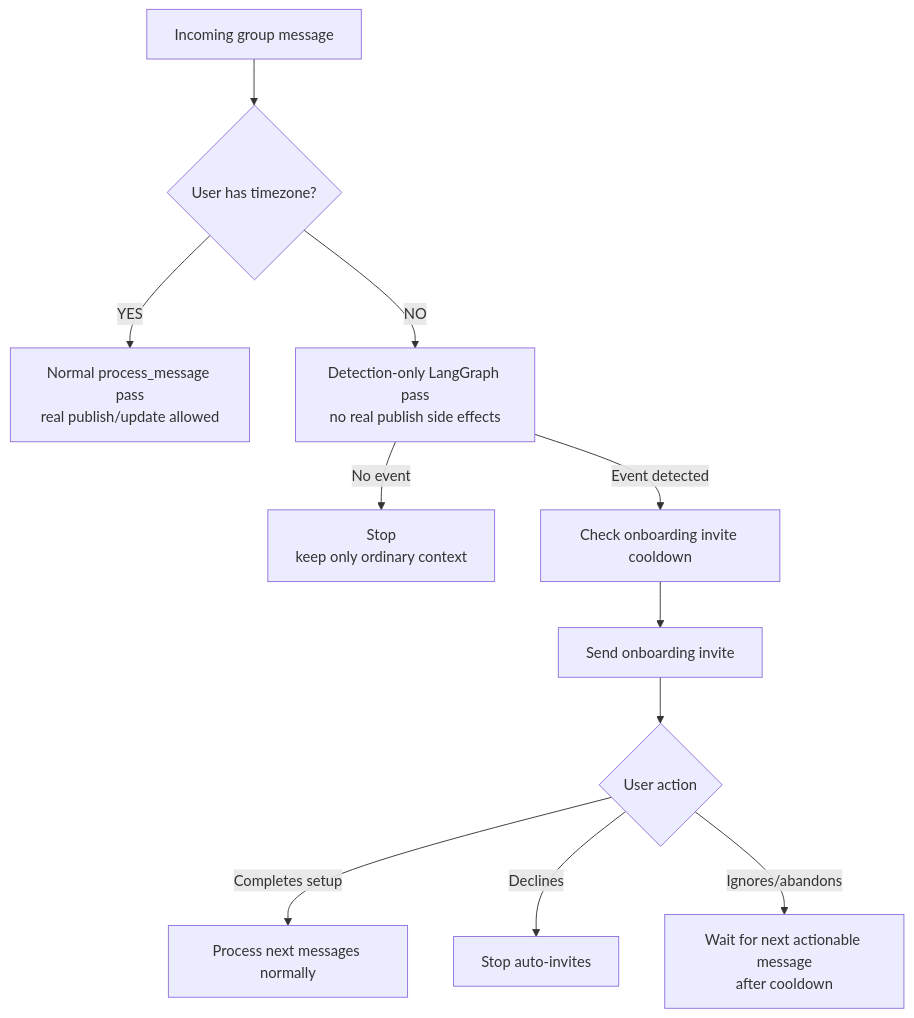
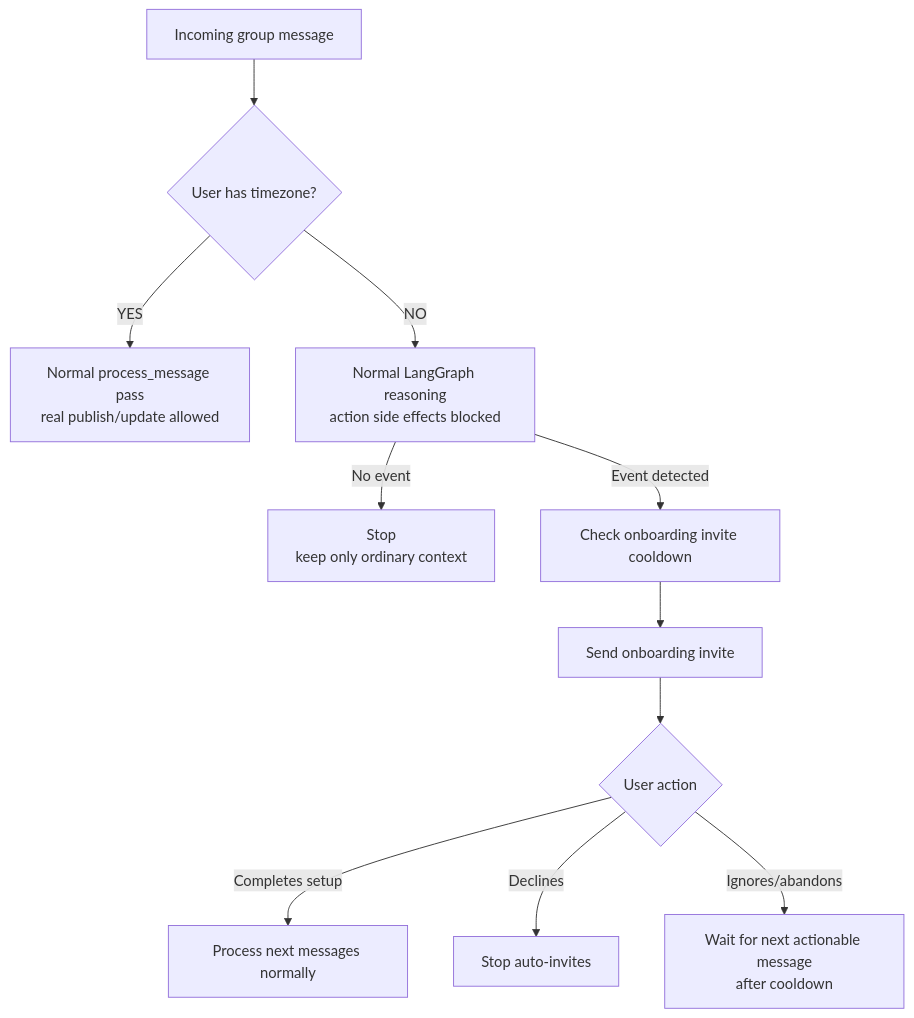
Before and after one commit to antlbn/Timezone_bot: the diagram in journal/16_ux_onboarding_spec.md, drawn with Mermaid. The commit also changed other lines of this file and 22 other files, not shown here.

First line of the commit message:
Refactor LLM memory model and event detection architecture

````diff
--- a/journal/16_ux_onboarding_spec.md
+++ b/journal/16_ux_onboarding_spec.md
@@ -82,16 +87,16 @@
 ```mermaid
 flowchart TD
     A[Incoming group message] --> B{User has timezone?}
     B -- YES --> C[Normal process_message pass<br/>real publish/update allowed]
-    B -- NO --> D[Detection-only LangGraph pass<br/>no real publish side effects]
+    B -- NO --> D[Normal LangGraph reasoning<br/>action side effects blocked]
 
     D -- No event --> E[Stop<br/>keep only ordinary context]
     D -- Event detected --> F[Check onboarding invite cooldown]
 
     F --> G[Send onboarding invite]
     G --> H{User action}
 
     H -- Completes setup --> I[Process next messages normally]
     H -- Declines --> J[Stop auto-invites]
     H -- Ignores/abandons --> K[Wait for next actionable message<br/>after cooldown]
 ```
````
